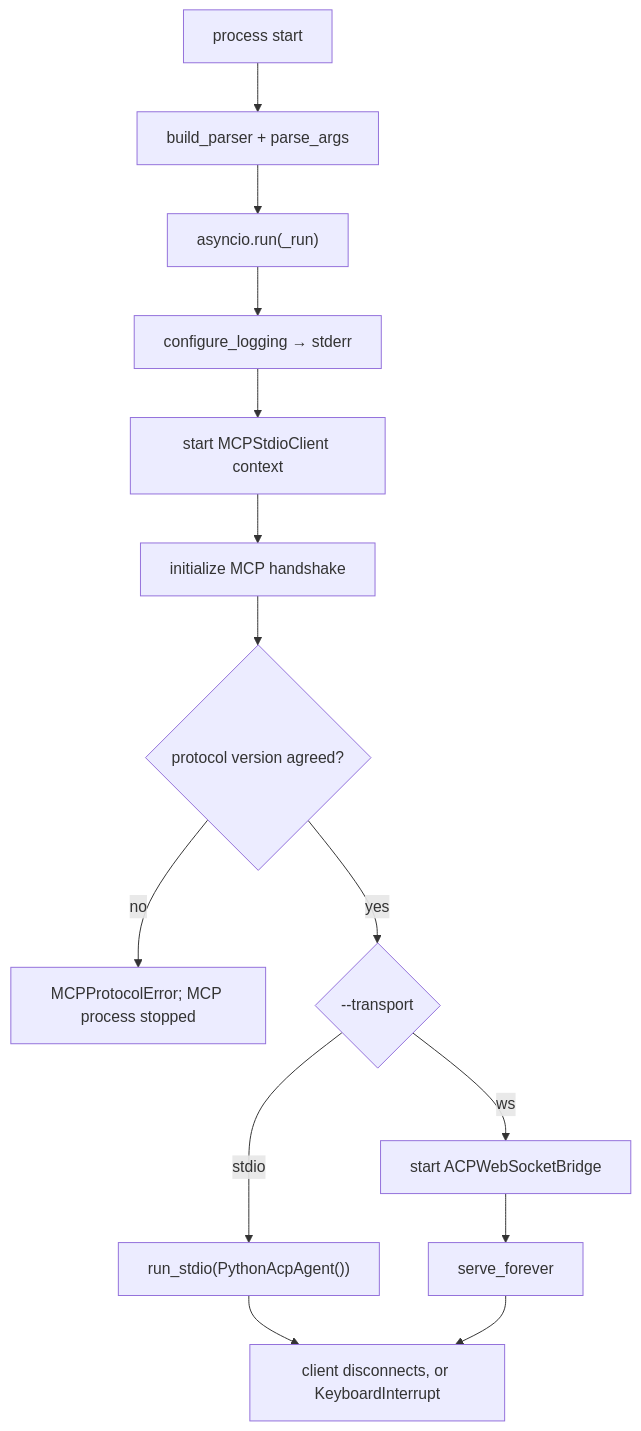
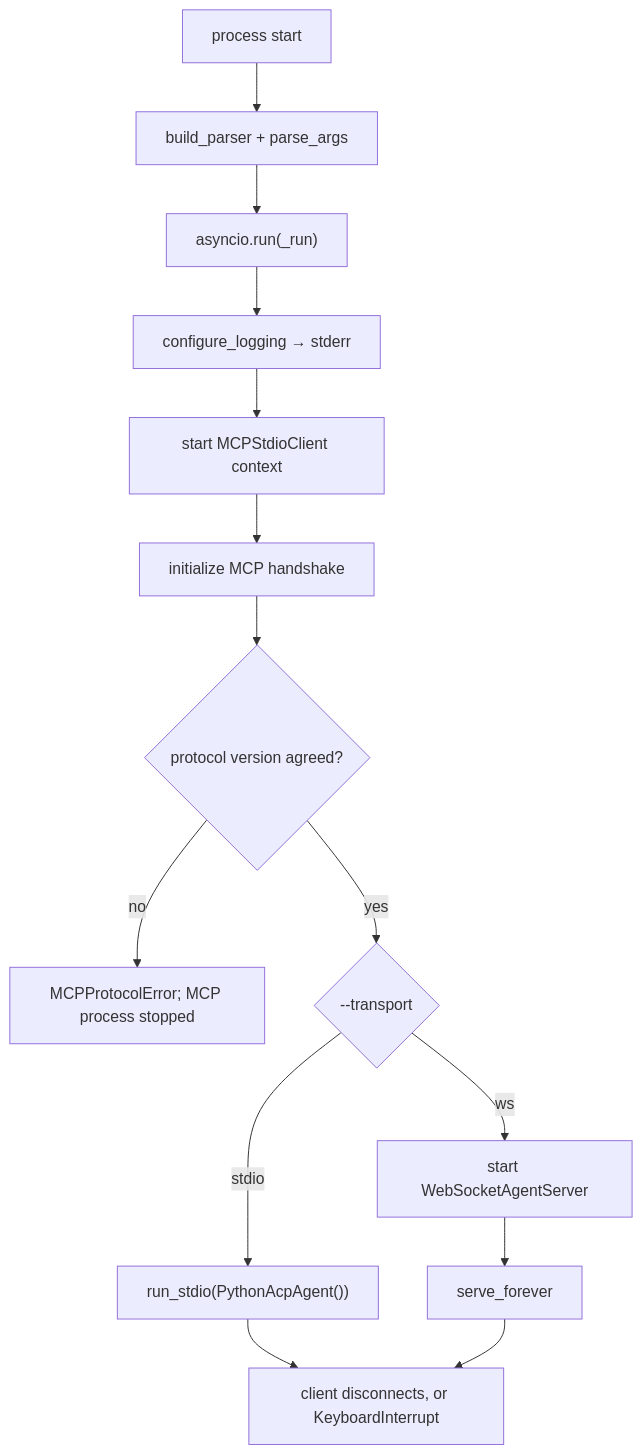
Before and after one commit to Digital-Dimentia/python-acp: the diagram in src/python_acp/cli.md, drawn with Mermaid. The commit also changed other lines of this file and 19 other files, not shown here.

````diff
--- a/src/python_acp/cli.md
+++ b/src/python_acp/cli.md
@@ -57,16 +57,16 @@
 ```mermaid
 flowchart TD
     Start["process start"] --> Parse["build_parser + parse_args"]
     Parse --> AsyncRun["asyncio.run(_run)"]
     AsyncRun --> Log["configure_logging → stderr"]
     Log --> MCPStart["start MCPStdioClient context"]
     MCPStart --> Init["initialize MCP handshake"]
     Init --> Version{"protocol version agreed?"}
     Version -- no --> Abort["MCPProtocolError; MCP process stopped"]
     Version -- yes --> Pick{"--transport"}
     Pick -- stdio --> Stdio["run_stdio(PythonAcpAgent())"]
-    Pick -- ws --> BridgeStart["start ACPWebSocketBridge"]
+    Pick -- ws --> BridgeStart["start WebSocketAgentServer"]
     BridgeStart --> Serve["serve_forever"]
     Stdio --> Stop["client disconnects, or KeyboardInterrupt"]
     Serve --> Stop
 ```
````
